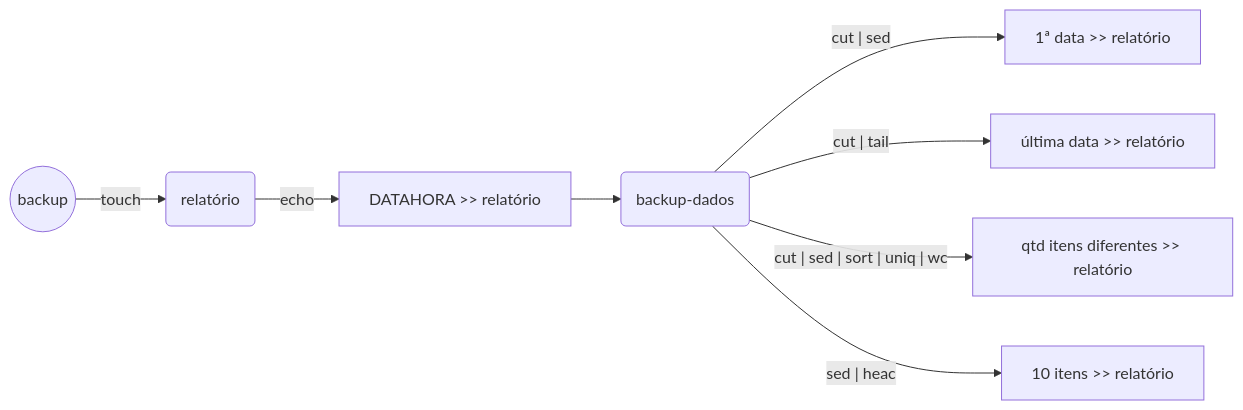
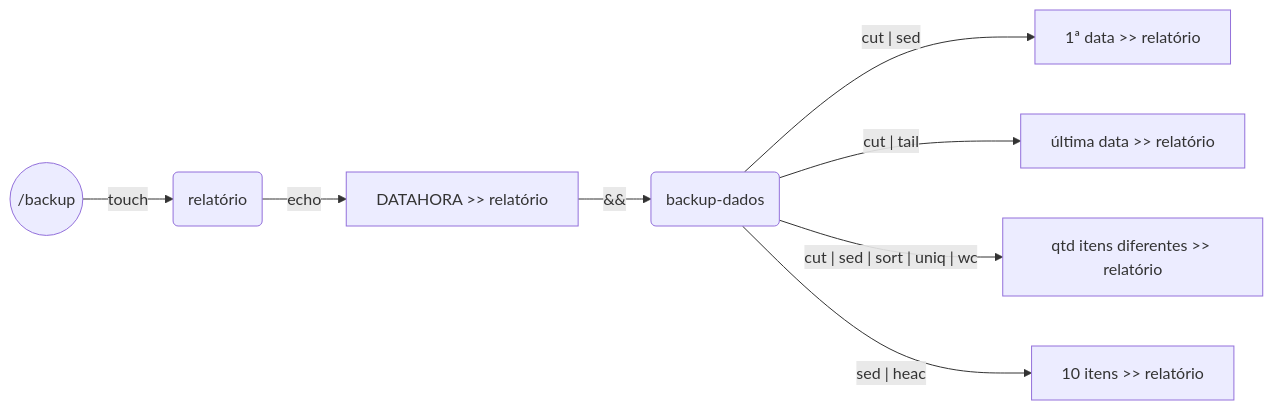
One commit to jqln-vc/compass-academy changed the third of 5 diagrams in sprint1/desafio/README.md. Above: the diagram before and after it, drawn with Mermaid. The commit also changed other lines of this file, not shown here.

````diff
--- a/sprint1/desafio/README.md
+++ b/sprint1/desafio/README.md
@@ -77,10 +77,10 @@
 ```mermaid
 graph LR
-    A((backup)) --touch--> B(relatório)
+    A((/backup)) --touch--> B(relatório)
     B -- echo --> C[DATAHORA >> relatório]
-    C --> D
+    C -- && --> D
     D(backup-dados) -- cut | sed --> E[1ª data >> relatório]
     D -- cut | tail --> F[última data >> relatório]
     D -- cut | sed | sort | uniq | wc --> G[qtd itens diferentes >> relatório]
     D -- sed | heac --> H[10 itens >> relatório]    
 ```
````
